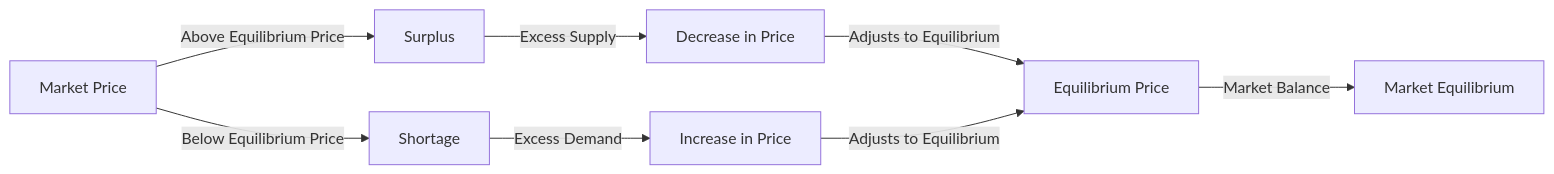
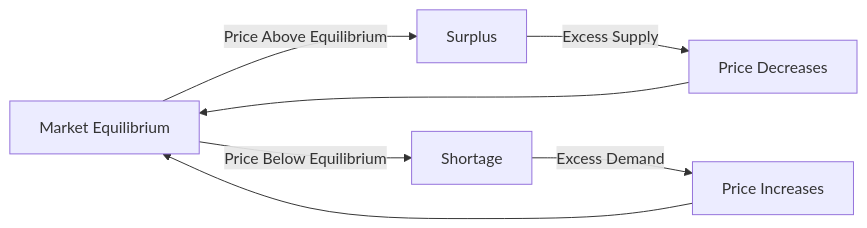
One commit to DagimAlemayehuu/Ater changed the diagram in Obsidian_Vault/2-Academic/Winter 2026/Economics/2_Theory_Of_Demand_And_Supply/Surplus_And_Shortage.md. Above: the diagram before and after it, drawn with Mermaid. The commit also changed other lines of this file and 52 other files, not shown here.

````diff
--- a/Obsidian_Vault/2-Academic/Winter 2026/Economics/2_Theory_Of_Demand_And_Supply/Surplus_And_Shortage.md
+++ b/Obsidian_Vault/2-Academic/Winter 2026/Economics/2_Theory_Of_Demand_And_Supply/Surplus_And_Shortage.md
@@ -40,12 +34,11 @@
 ```mermaid
 
 graph LR
-    A[Market Price] -->|Above Equilibrium Price| B[Surplus]
-    A -->|Below Equilibrium Price| C[Shortage]
-    B -->|Excess Supply| D[Decrease in Price]
-    C -->|Excess Demand| E[Increase in Price]
-    D -->|Adjusts to Equilibrium| F[Equilibrium Price]
-    E -->|Adjusts to Equilibrium| F
-    F -->|Market Balance| G[Market Equilibrium]
+    A[Market Equilibrium] -->|Price Above Equilibrium| B[Surplus]
+    A -->|Price Below Equilibrium| C[Shortage]
+    B -->|Excess Supply| D[Price Decreases]
+    C -->|Excess Demand| E[Price Increases]
+    D --> A
+    E --> A
 
 ```
````
